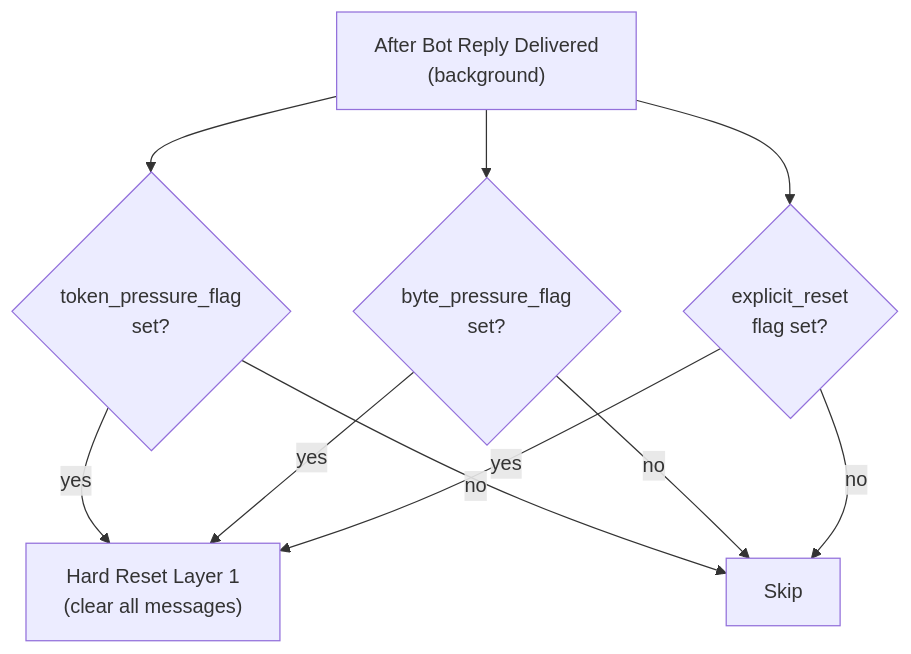
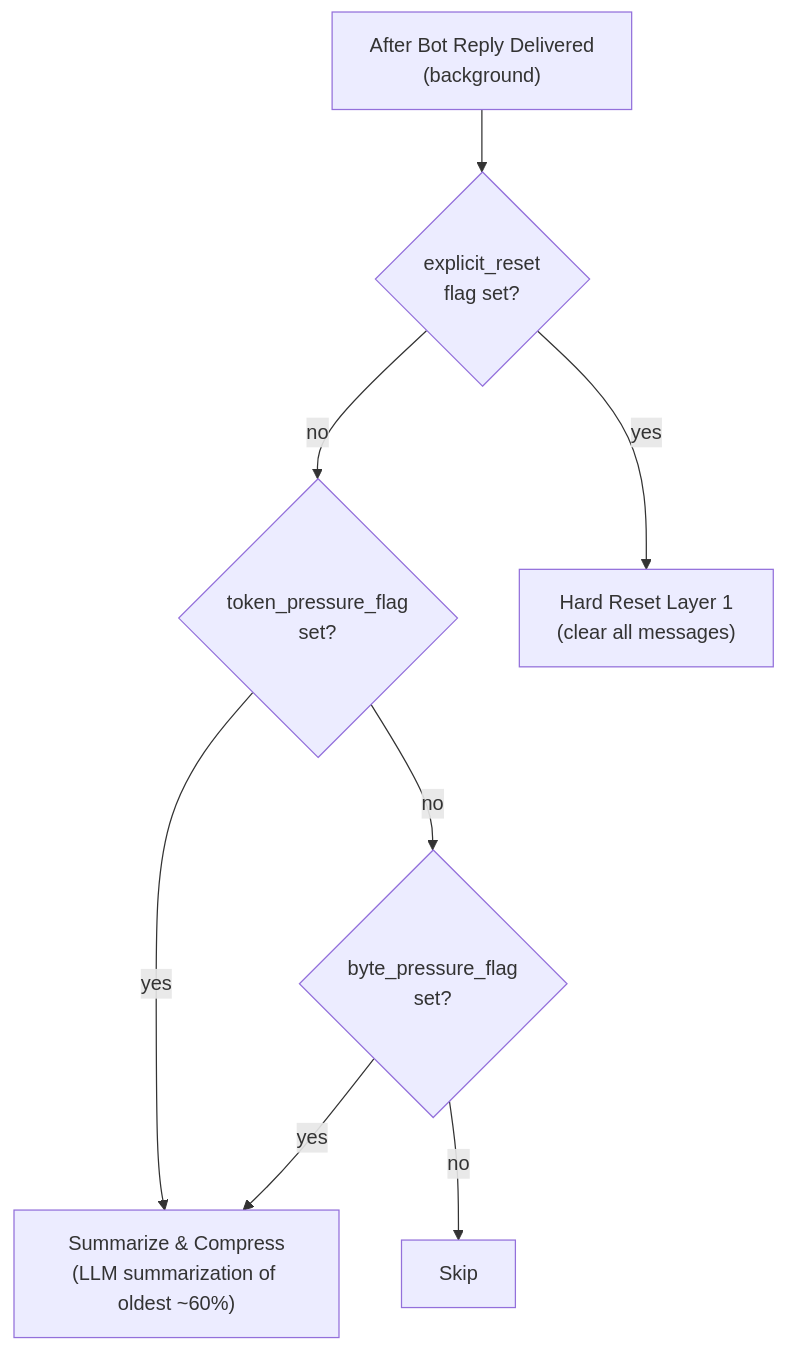
The first of 8 diagrams in _dfd/memory/memory-reset.md (cosmoswafer/rockbot), drawn with Mermaid before and after one commit. The commit also changed other lines of this file and 10 other files, not shown here.

First line of the commit message:
feat(memory): LLM-based context summarization for token/byte pressure (closes #72)

````diff
--- a/_dfd/memory/memory-reset.md
+++ b/_dfd/memory/memory-reset.md
@@ -27,22 +34,20 @@
 ```mermaid
 flowchart TD
     POST_REPLY["After Bot Reply Delivered<br/>(background)"]
 
     C1{"token_pressure_flag<br/>set?"}
     C2{"byte_pressure_flag<br/>set?"}
     C3{"explicit_reset<br/>flag set?"}
 
+    SUMMARIZE["Summarize & Compress<br/>(LLM summarization of oldest ~60%)"]
     RESET["Hard Reset Layer 1<br/>(clear all messages)"]
     SKIP[Skip]
 
-    POST_REPLY --> C1
-    POST_REPLY --> C2
     POST_REPLY --> C3
-
-    C1 -->|"yes"| RESET
-    C1 -->|"no"| SKIP
-    C2 -->|"yes"| RESET
+    C3 -->|"yes"| RESET
+    C3 -->|"no"| C1
+    C1 -->|"yes"| SUMMARIZE
+    C1 -->|"no"| C2
+    C2 -->|"yes"| SUMMARIZE
     C2 -->|"no"| SKIP
-    C3 -->|"yes"| RESET
-    C3 -->|"no"| SKIP
 ```
````
